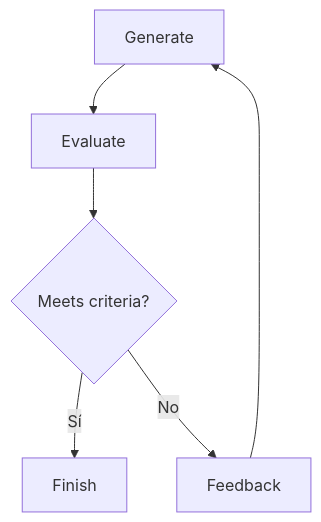
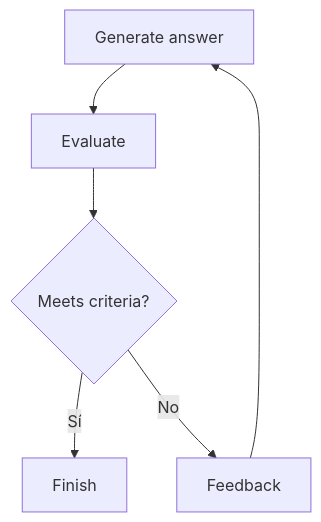
The tenth of 12 diagrams in 02-agentic-architecture-foundations/README.md (franciscogarcia-sys/guia-estudio-claude-ccar-f-bitlogic), drawn with Mermaid before and after one commit. The commit also changed other lines of this file, not shown here.

````diff
--- a/02-agentic-architecture-foundations/README.md
+++ b/02-agentic-architecture-foundations/README.md
@@ -559,8 +640,8 @@
 ```mermaid
 flowchart TD
-    A[Generate] --> B[Evaluate]
-    B --> C{Meets criteria?}
-    C -->|Sí| D[Finish]
-    C -->|No| E[Feedback]
-    E --> A
+    G[Generate answer] --> E[Evaluate]
+    E --> C{Meets criteria?}
+    C -->|Sí| F[Finish]
+    C -->|No| B[Feedback]
+    B --> G
 ```
````
